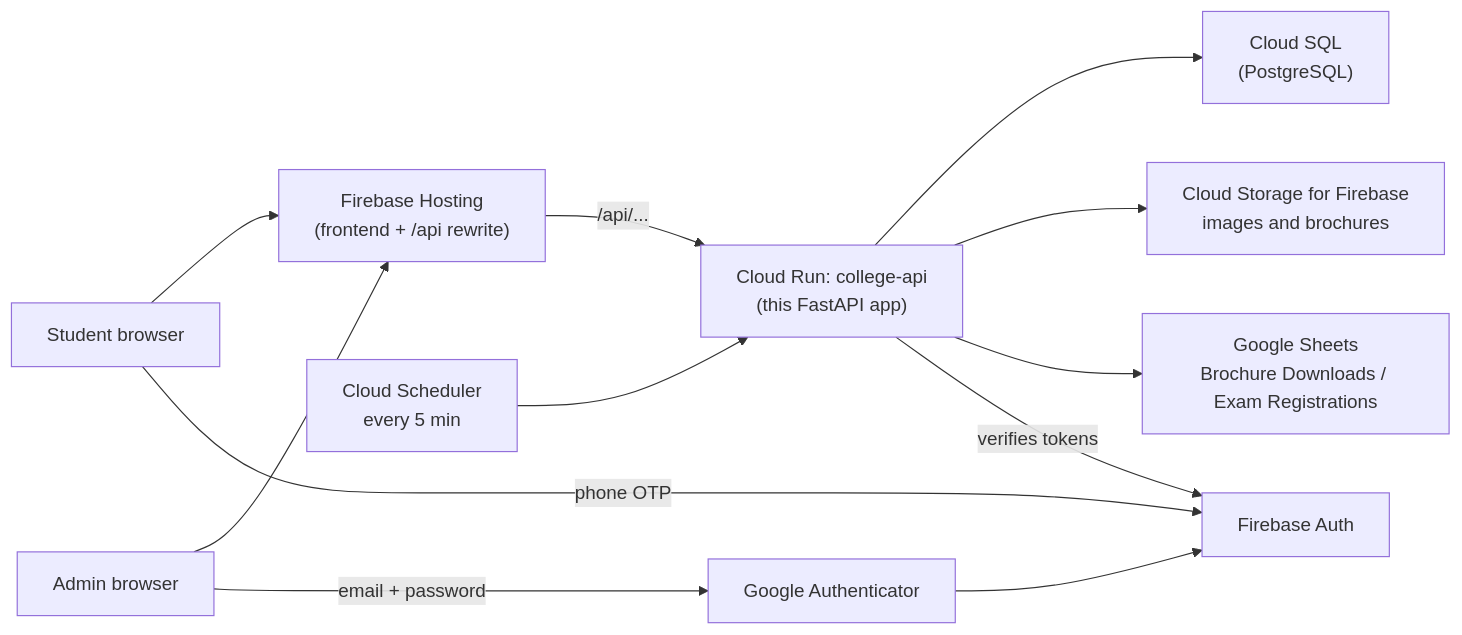
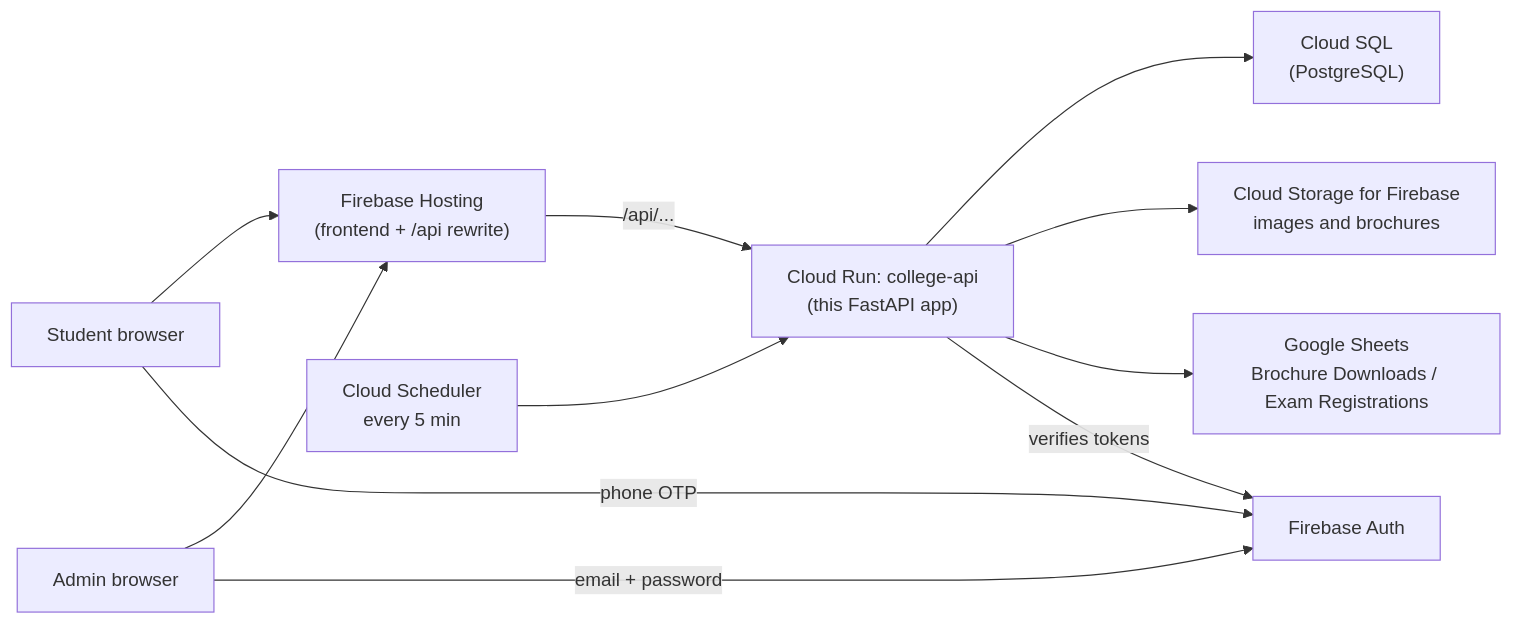
One commit to BharathDevanaboina/college-backend changed the diagram in docs/01-architecture.md. Above: the diagram before and after it, drawn with Mermaid. The commit also changed other lines of this file and 17 other files, not shown here.

Commit message:
Simplify admin login to email and password

````diff
--- a/docs/01-architecture.md
+++ b/docs/01-architecture.md
@@ -5,13 +5,13 @@
 ```mermaid
 flowchart LR
     student["Student browser"] --> hosting["Firebase Hosting<br/>(frontend + /api rewrite)"]
     admin["Admin browser"] --> hosting
     student -- "phone OTP" --> fbauth["Firebase Auth"]
-    admin -- "email + password" --> authenticator["Google Authenticator"] --> fbauth
+    admin -- "email + password" --> fbauth
     hosting -->|"/api/..."| api["Cloud Run: college-api<br/>(this FastAPI app)"]
     api --> sql["Cloud SQL<br/>(PostgreSQL)"]
     api --> storage["Cloud Storage for Firebase<br/>images and brochures"]
     api --> sheets["Google Sheets<br/>Brochure Downloads / Exam Registrations"]
     api -->|verifies tokens| fbauth
     scheduler["Cloud Scheduler<br/>every 5 min"] --> api
 ```
````
